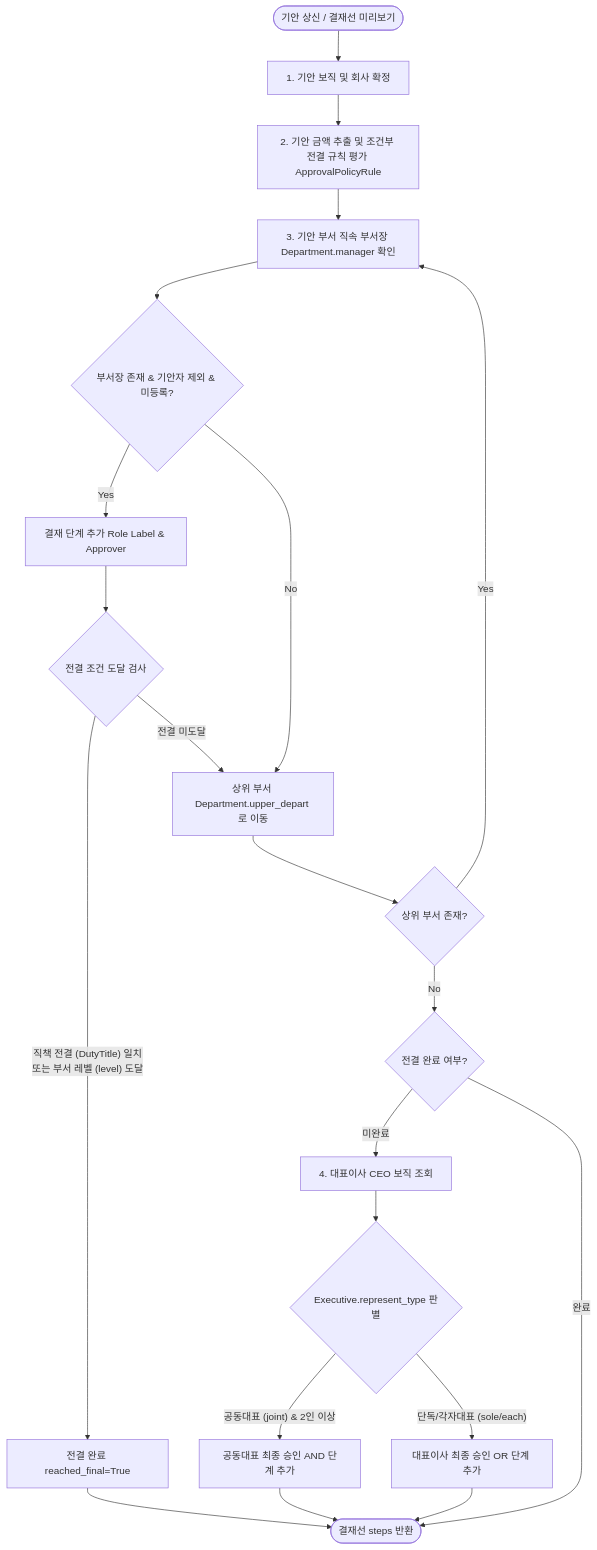
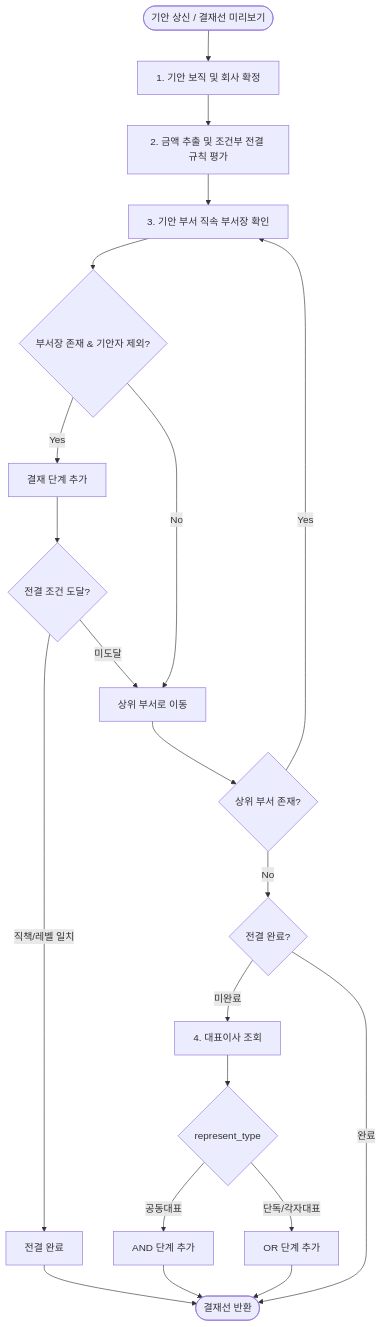
The diagram in .agents/artifacts/approval_system_roadmap.md (nc2U/ibs), drawn with Mermaid before and after one commit. The commit also changed other lines of this file, not shown here.

Commit message:
approval docs update

````diff
--- a/.agents/artifacts/approval_system_roadmap.md
+++ b/.agents/artifacts/approval_system_roadmap.md
@@ -91,28 +130,23 @@
 ```mermaid
 flowchart TD
     Start([기안 상신 / 결재선 미리보기]) --> A[1. 기안 보직 및 회사 확정]
-    A --> B[2. 기안 금액 추출 및 조건부 전결 규칙 평가 ApprovalPolicyRule]
-    B --> C[3. 기안 부서 직속 부서장 Department.manager 확인]
-    
-    C --> D{부서장 존재 & 기안자 제외 & 미등록?}
-    D -- Yes --> E[결재 단계 추가 Role Label & Approver]
-    D -- No --> G[상위 부서 Department.upper_depart 로 이동]
-    
-    E --> F{전결 조건 도달 검사}
-    F -- "직책 전결 (DutyTitle) 일치<br/>또는 부서 레벨 (level) 도달" --> FinalReached[전결 완료 reached_final=True]
-    F -- "전결 미도달" --> G
-    
+    A --> B[2. 금액 추출 및 조건부 전결 규칙 평가]
+    B --> C[3. 기안 부서 직속 부서장 확인]
+    C --> D{부서장 존재 & 기안자 제외?}
+    D -- Yes --> E[결재 단계 추가]
+    D -- No --> G[상위 부서로 이동]
+    E --> F{전결 조건 도달?}
+    F -- "직책/레벨 일치" --> FinalReached[전결 완료]
+    F -- "미도달" --> G
     G --> H{상위 부서 존재?}
     H -- Yes --> C
-    H -- No --> I{전결 완료 여부?}
-    
-    FinalReached --> Output([결재선 steps 반환])
-    
-    I -- "미완료" --> J[4. 대표이사 CEO 보직 조회]
-    J --> K{Executive.represent_type 판별}
-    K -- "공동대표 (joint) & 2인 이상" --> L[공동대표 최종 승인 AND 단계 추가]
-    K -- "단독/각자대표 (sole/each)" --> M[대표이사 최종 승인 OR 단계 추가]
+    H -- No --> I{전결 완료?}
+    FinalReached --> Output([결재선 반환])
+    I -- "미완료" --> J[4. 대표이사 조회]
+    J --> K{represent_type}
+    K -- "공동대표" --> L[AND 단계 추가]
+    K -- "단독/각자대표" --> M[OR 단계 추가]
     L --> Output
     M --> Output
     I -- "완료" --> Output
 ```
````
